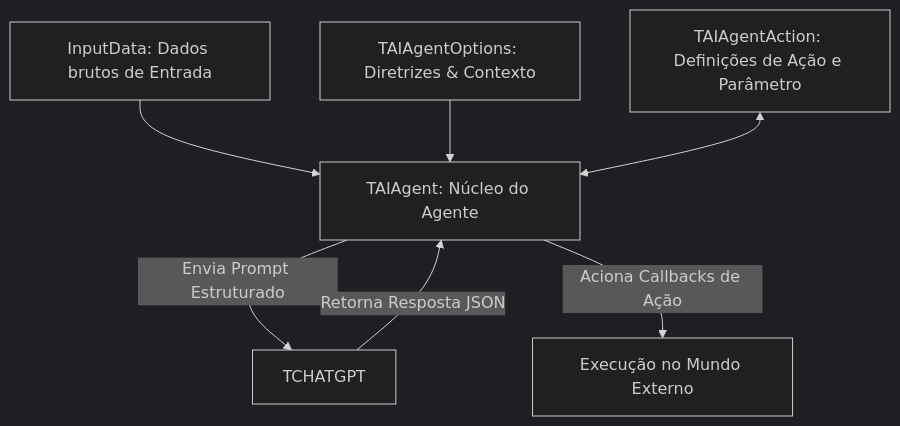
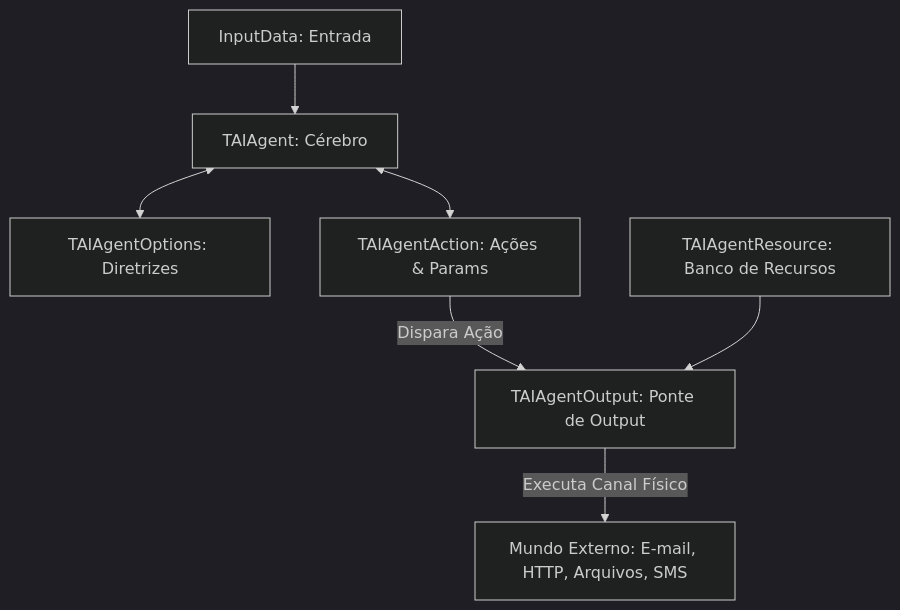
One commit to marcelomaurin/CHATGPT changed the diagram in pacote/samples/agent_demo/README.md. Above: the diagram before and after it, drawn with Mermaid (dark theme). The commit also changed other lines of this file and 3 other files, not shown here.

Commit message:
feat: implement TAIAgentResource and TAIAgentOutput for physical action dispatching

````diff
--- a/pacote/samples/agent_demo/README.md
+++ b/pacote/samples/agent_demo/README.md
@@ -27,9 +33,9 @@
 ```mermaid
 graph TD
-    InputData[InputData: Dados brutos de Entrada] --> TAIAgent
-    TAIAgent[TAIAgent: Núcleo do Agente] -->|Envia Prompt Estruturado| TCHATGPT
-    TCHATGPT -->|Retorna Resposta JSON| TAIAgent
-    TAIAgentOptions[TAIAgentOptions: Diretrizes & Contexto] --> TAIAgent
-    TAIAgentAction[TAIAgentAction: Definições de Ação e Parâmetro] <--> TAIAgent
-    TAIAgent -->|Aciona Callbacks de Ação| ExternalWorld[Execução no Mundo Externo]
+    InputData[InputData: Entrada] --> TAIAgent
+    TAIAgent[TAIAgent: Cérebro] <--> TAIAgentOptions[TAIAgentOptions: Diretrizes]
+    TAIAgent <--> TAIAgentAction[TAIAgentAction: Ações & Params]
+    TAIAgentAction -->|Dispara Ação| TAIAgentOutput[TAIAgentOutput: Ponte de Output]
+    TAIAgentResource[TAIAgentResource: Banco de Recursos] --> TAIAgentOutput
+    TAIAgentOutput -->|Executa Canal Físico| ExternalWorld[Mundo Externo: E-mail, HTTP, Arquivos, SMS]
 ```
````
